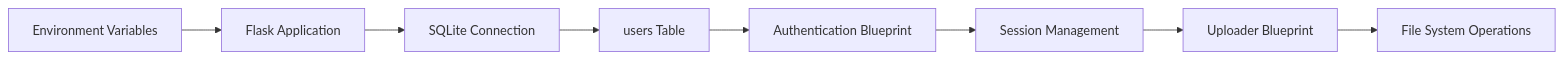
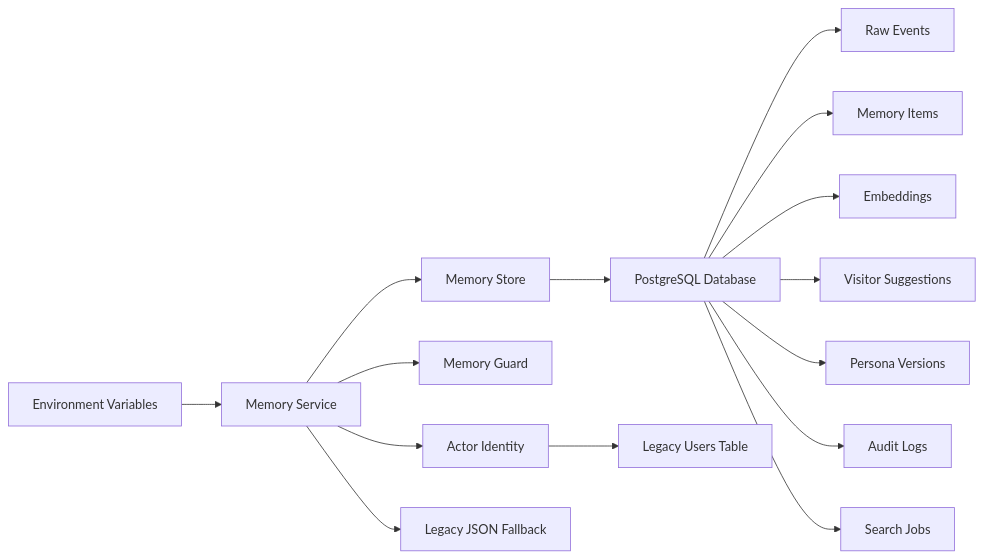
One commit to PolarisW007/PolaZhenJing changed the sixth of 6 diagrams in .qoder/repowiki/en/content/Database Design.md. Above: the diagram before and after it, drawn with Mermaid. The commit also changed other lines of this file and 333 other files, not shown here.

````diff
--- a/.qoder/repowiki/en/content/Database Design.md
+++ b/.qoder/repowiki/en/content/Database Design.md
@@ -255,10 +473,17 @@
 ```mermaid
 graph LR
-EnvVars["Environment Variables"] --> FlaskApp["Flask Application"]
-FlaskApp --> DBConn["SQLite Connection"]
-DBConn --> UsersTable["users Table"]
-UsersTable --> AuthBP["Authentication Blueprint"]
-AuthBP --> SessionMgr["Session Management"]
-SessionMgr --> UploadBP["Uploader Blueprint"]
-UploadBP --> FileSystem["File System Operations"]
+EnvVars["Environment Variables"] --> MemoryService["Memory Service"]
+MemoryService --> MemoryStore["Memory Store"]
+MemoryStore --> PostgreSQL["PostgreSQL Database"]
+PostgreSQL --> RawEvents["Raw Events"]
+PostgreSQL --> MemoryItems["Memory Items"]
+PostgreSQL --> Embeddings["Embeddings"]
+PostgreSQL --> Suggestions["Visitor Suggestions"]
+PostgreSQL --> Persona["Persona Versions"]
+PostgreSQL --> AuditLogs["Audit Logs"]
+PostgreSQL --> SearchJobs["Search Jobs"]
+MemoryService --> MemoryGuard["Memory Guard"]
+MemoryService --> ActorIdentity["Actor Identity"]
+ActorIdentity --> Users["Legacy Users Table"]
+MemoryService --> LegacyMemory["Legacy JSON Fallback"]
 ```
````
